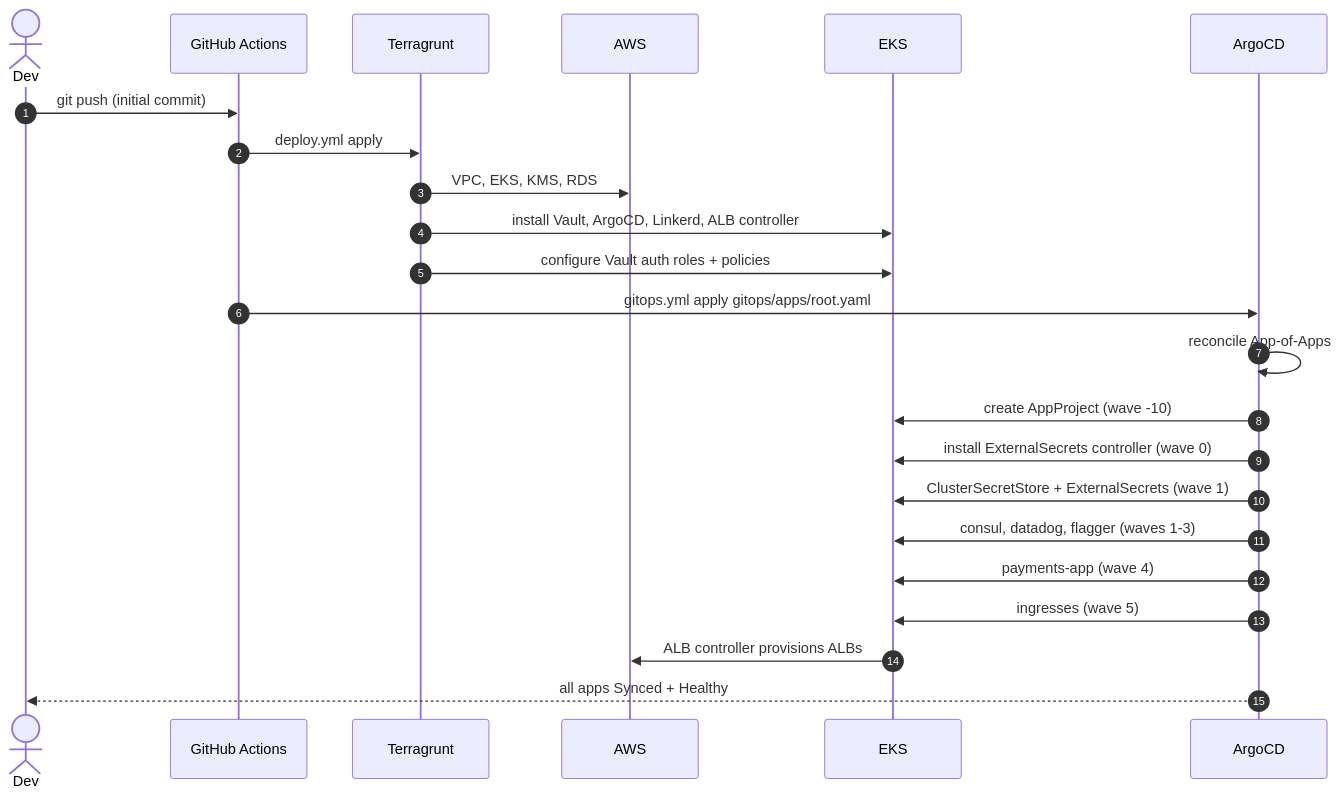
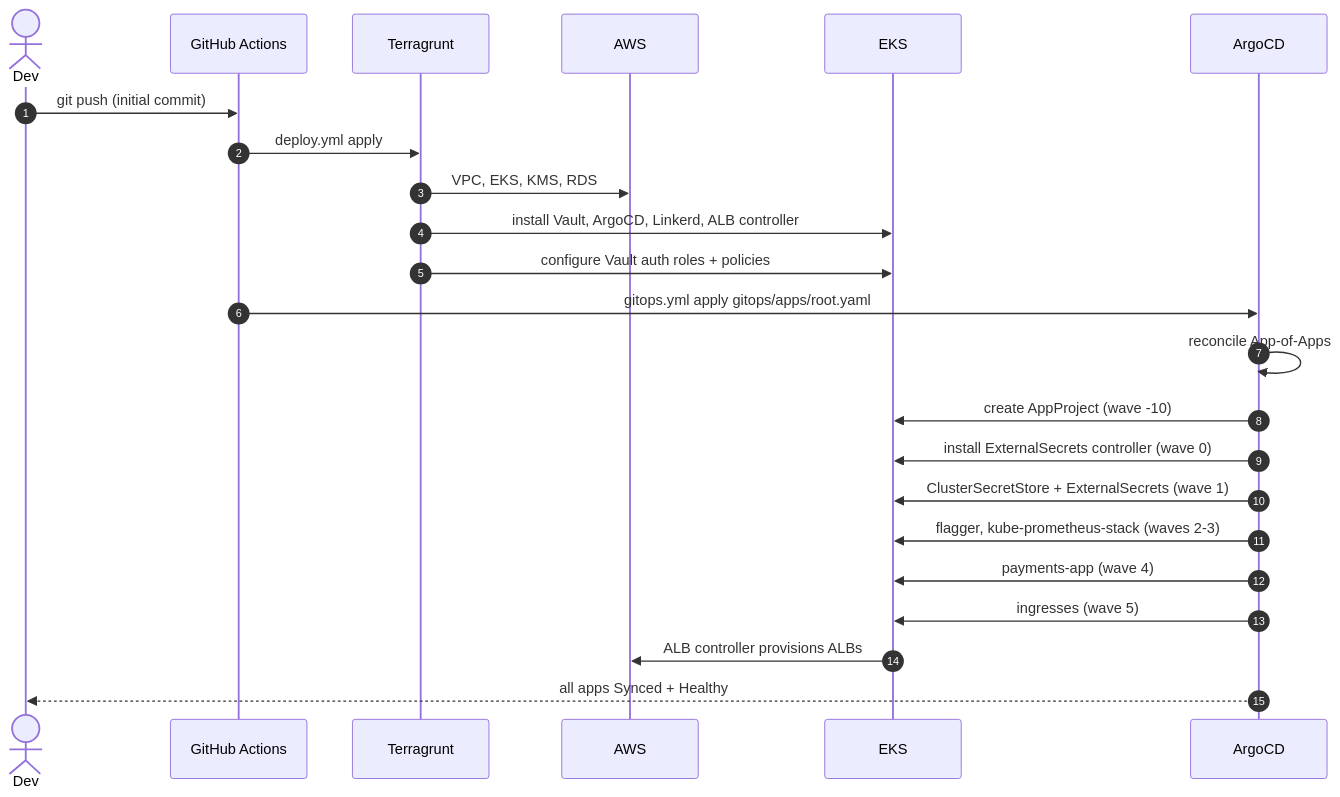
The second of 21 diagrams in docs/PLATFORM_GUIDE.md (dungxtd/terragrunt-stacks), drawn with Mermaid before and after one commit. The commit also changed other lines of this file and 5 other files, not shown here.

````diff
--- a/docs/PLATFORM_GUIDE.md
+++ b/docs/PLATFORM_GUIDE.md
@@ -72,26 +72,26 @@
 ```mermaid
 sequenceDiagram
   autonumber
   actor Dev
   participant CI as GitHub Actions
   participant TG as Terragrunt
   participant AWS
   participant K as EKS
   participant Argo as ArgoCD
 
   Dev->>CI: git push (initial commit)
   CI->>TG: deploy.yml apply
   TG->>AWS: VPC, EKS, KMS, RDS
   TG->>K: install Vault, ArgoCD, Linkerd, ALB controller
   TG->>K: configure Vault auth roles + policies
   CI->>Argo: gitops.yml apply gitops/apps/root.yaml
   Argo->>Argo: reconcile App-of-Apps
   Argo->>K: create AppProject (wave -10)
   Argo->>K: install ExternalSecrets controller (wave 0)
   Argo->>K: ClusterSecretStore + ExternalSecrets (wave 1)
-  Argo->>K: consul, datadog, flagger (waves 1-3)
+  Argo->>K: flagger, kube-prometheus-stack (waves 2-3)
   Argo->>K: payments-app (wave 4)
   Argo->>K: ingresses (wave 5)
   K->>AWS: ALB controller provisions ALBs
   Argo-->>Dev: all apps Synced + Healthy
 ```
````
